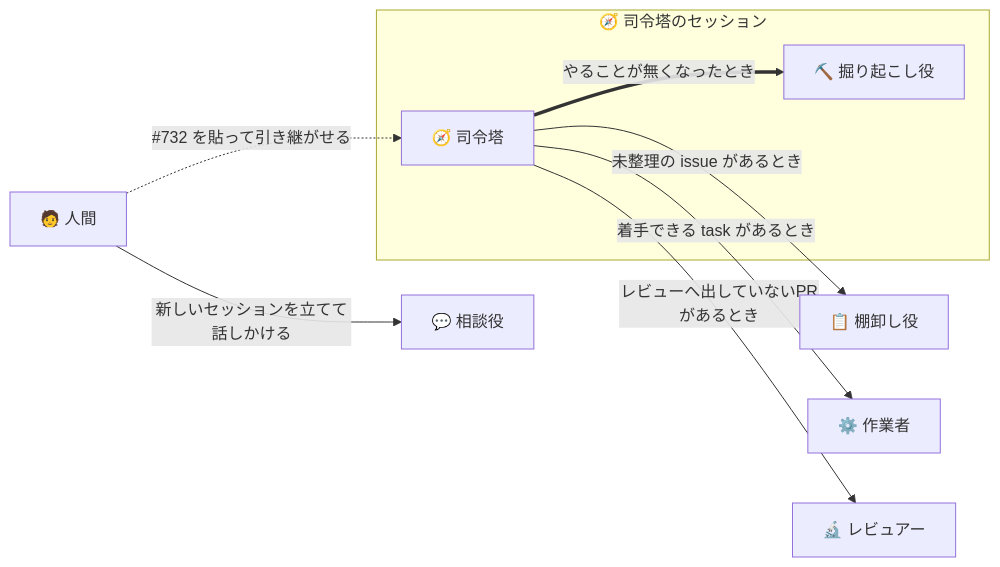
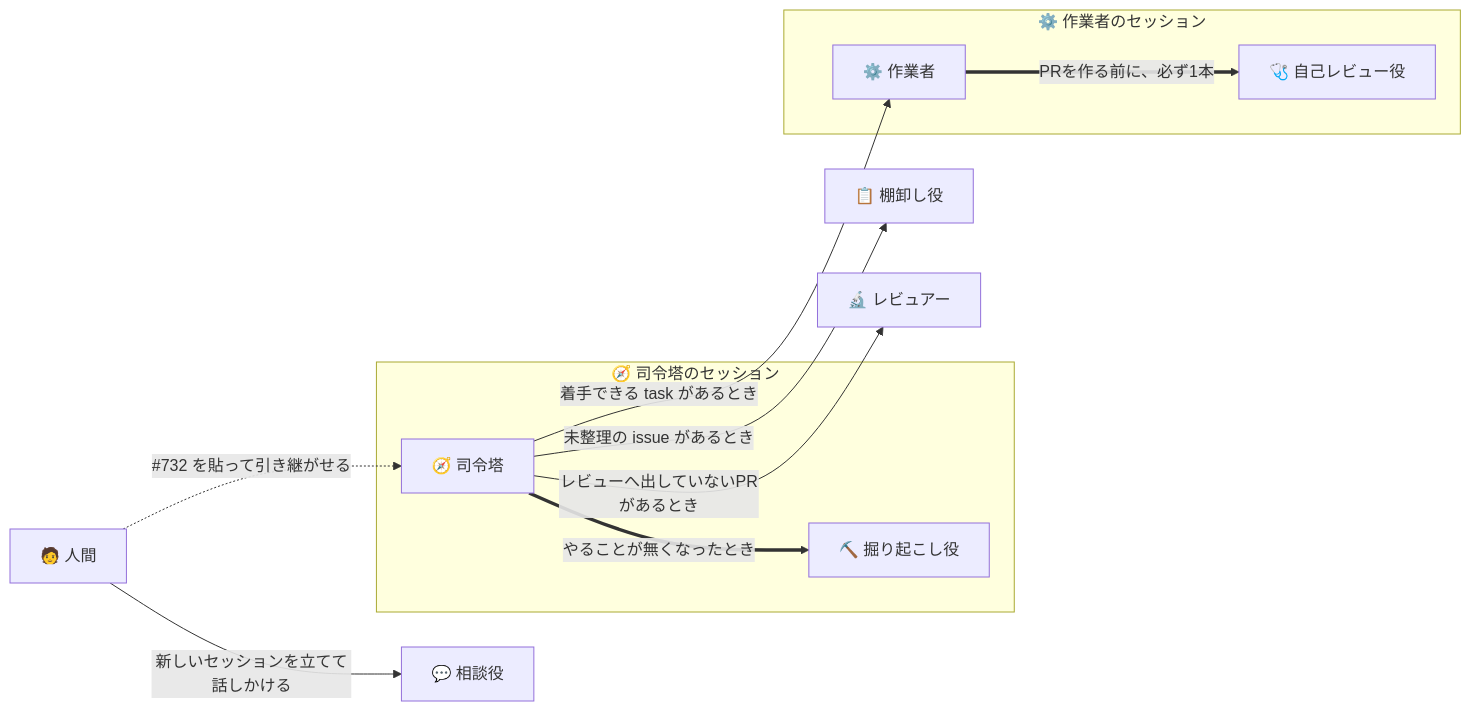
One commit to gooyyu1/UnmappedIsland changed the first of 5 diagrams in docs/ParallelAgents.md. Above: the diagram before and after it, drawn with Mermaid. The commit also changed other lines of this file and 4 other files, not shown here.

````diff
--- a/docs/ParallelAgents.md
+++ b/docs/ParallelAgents.md
@@ -28,20 +28,25 @@
 ```mermaid
 flowchart LR
     Human["🧑 人間"]
     Adviser["💬 相談役"]
     Triage["📋 棚卸し役"]
-    Worker["⚙️ 作業者"]
     Reviewer["🔬 レビュアー"]
 
     subgraph CmdSession["🧭 司令塔のセッション"]
         Cmd["🧭 司令塔"]
         Digger["⛏️ 掘り起こし役"]
+    end
+
+    subgraph WorkerSession["⚙️ 作業者のセッション"]
+        Worker["⚙️ 作業者"]
+        SelfReview["🩺 自己レビュー役"]
     end
 
     Human -->|"新しいセッションを立てて話しかける"| Adviser
     Human -.->|"#732 を貼って引き継がせる"| Cmd
     Cmd ==>|"やることが無くなったとき"| Digger
     Cmd -->|"未整理の issue があるとき"| Triage
     Cmd -->|"着手できる task があるとき"| Worker
     Cmd -->|"レビューへ出していないPRがあるとき"| Reviewer
+    Worker ==>|"PRを作る前に、必ず1本"| SelfReview
 ```
````
